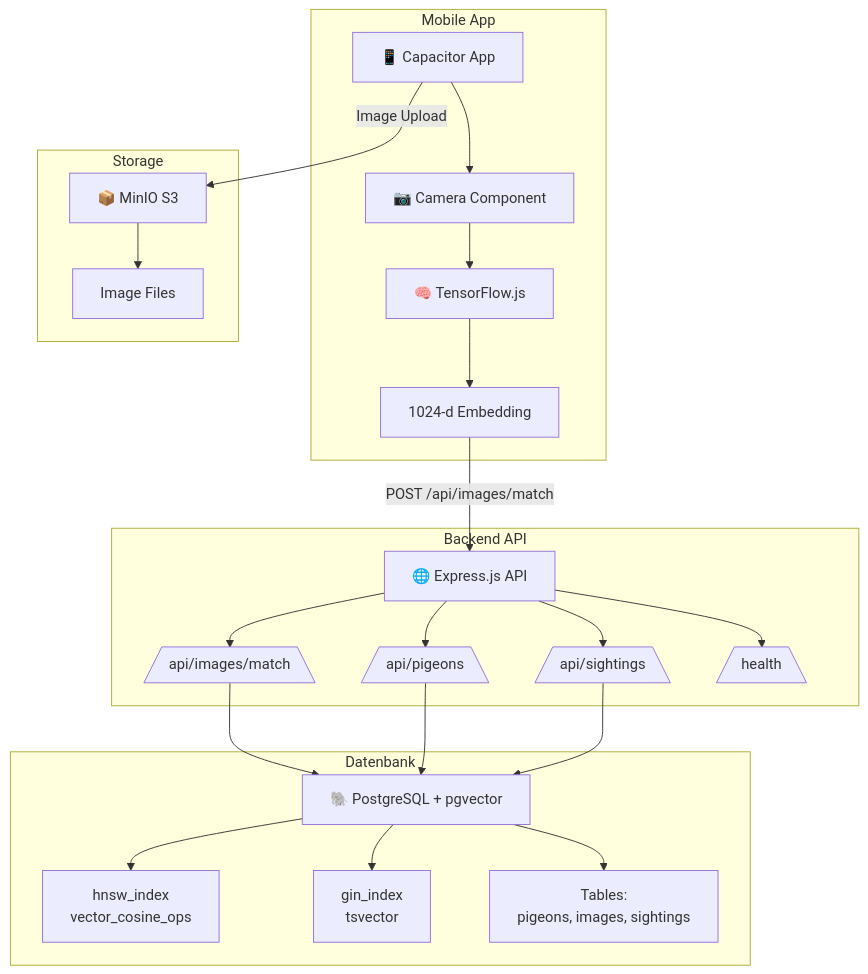
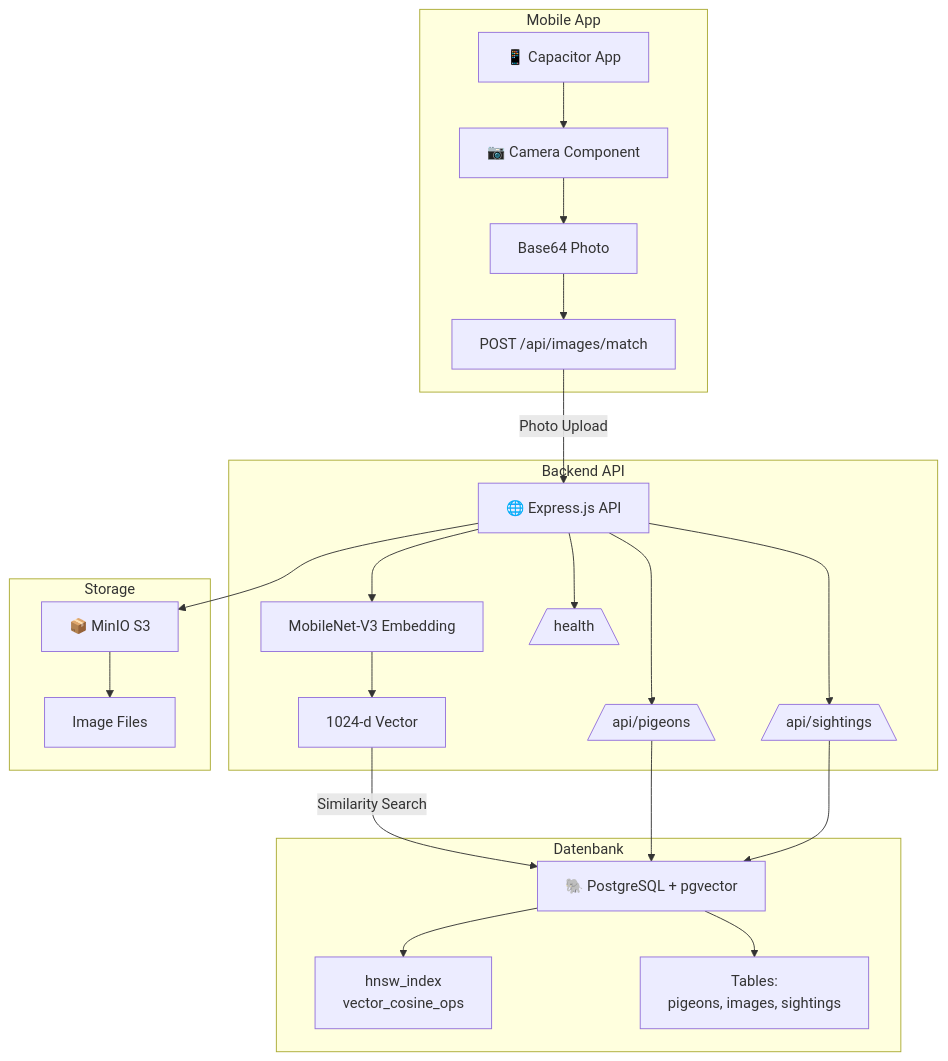
The diagram in README.md (openfugjoobot/tauben-scanner), drawn with Mermaid before and after one commit. The commit also changed other lines of this file and 7 other files, not shown here.

````diff
--- a/README.md
+++ b/README.md
@@ -116,37 +126,36 @@
 ```mermaid
 graph TB
     subgraph "Mobile App"
         A[📱 Capacitor App] --> B[📷 Camera Component]
-        B --> C[🧠 TensorFlow.js]
-        C --> D[1024-d Embedding]
+        B --> C[Base64 Photo]
+        C --> D[POST /api/images/match]
     end
     
     subgraph "Backend API"
-        E[🌐 Express.js API] --> F[/api/images/match\]
-        E --> G[/api/pigeons\]
-        E --> H[/api/sightings\]
-        E --> I[/health\]
+        E[🌐 Express.js API] --> F[MobileNet-V3 Embedding]
+        F --> G[1024-d Vector]
+        E --> H[/api/pigeons\]
+        E --> I[/api/sightings\]
+        E --> J[/health\]
     end
     
     subgraph "Datenbank"
-        J[🐘 PostgreSQL + pgvector]
-        K[hnsw_index<br/>vector_cosine_ops]
-        L[gin_index<br/>tsvector]
+        K[🐘 PostgreSQL + pgvector]
+        L[hnsw_index<br/>vector_cosine_ops]
         M[Tables:<br/>pigeons, images, sightings]
     end
     
     subgraph "Storage"
         N[📦 MinIO S3]
         O[Image Files]
     end
     
-    D -->|POST /api/images/match| E
-    F --> J
-    G --> J
-    H --> J
-    J --> K
-    J --> L
-    J --> M
-    A -->|Image Upload| N
+    D -->|Photo Upload| E
+    G -->|Similarity Search| K
+    H --> K
+    I --> K
+    K --> L
+    K --> M
+    E --> N
     N --> O
 ```
````
